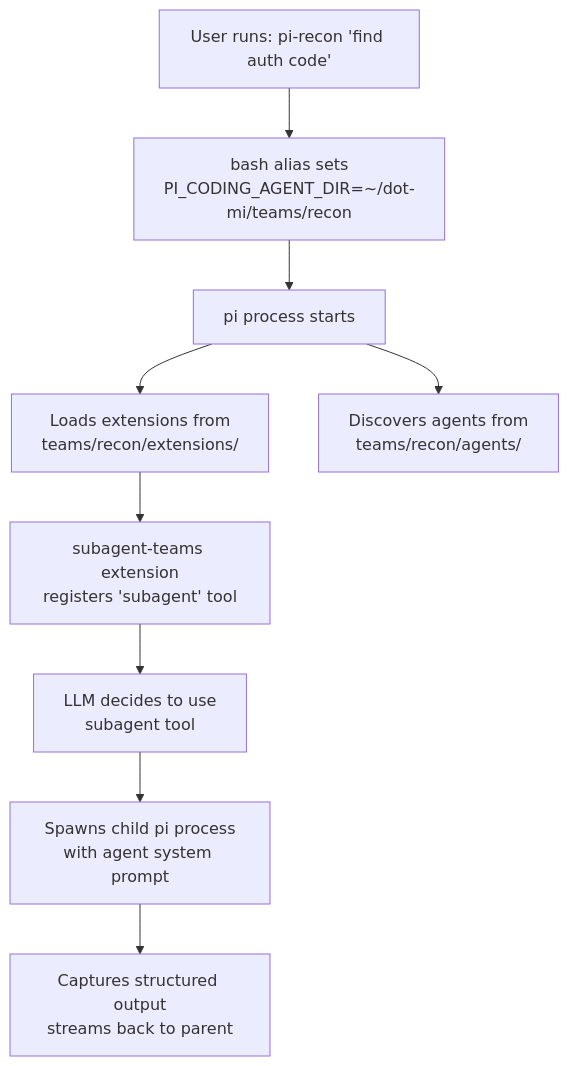
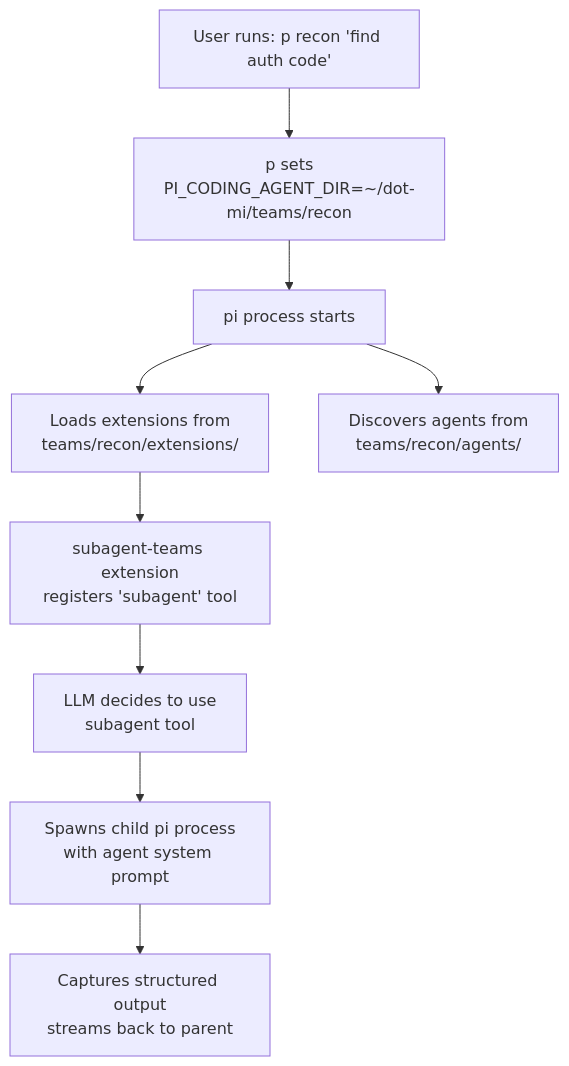
The first of 3 diagrams in docs/architecture.md (PlebeiusGaragicus/dot-mi), drawn with Mermaid before and after one commit. The commit also changed other lines of this file and 16 other files, not shown here.

````diff
--- a/docs/architecture.md
+++ b/docs/architecture.md
@@ -64,17 +64,17 @@
 ```mermaid
 graph TD
-  User["User runs: pi-recon 'find auth code'"]
-  Alias["bash alias sets<br/>PI_CODING_AGENT_DIR=~/dot-mi/teams/recon"]
+  User["User runs: p recon 'find auth code'"]
+  Alias["p sets<br/>PI_CODING_AGENT_DIR=~/dot-mi/teams/recon"]
   PiMain["pi process starts"]
   ExtLoad["Loads extensions from<br/>teams/recon/extensions/"]
   AgentDiscover["Discovers agents from<br/>teams/recon/agents/"]
   SubagentTool["subagent-teams extension<br/>registers 'subagent' tool"]
   LLM["LLM decides to use<br/>subagent tool"]
   Spawn["Spawns child pi process<br/>with agent system prompt"]
   Result["Captures structured output<br/>streams back to parent"]
 
   User --> Alias --> PiMain
   PiMain --> ExtLoad --> SubagentTool
   PiMain --> AgentDiscover
   SubagentTool --> LLM --> Spawn --> Result
 ```
````
